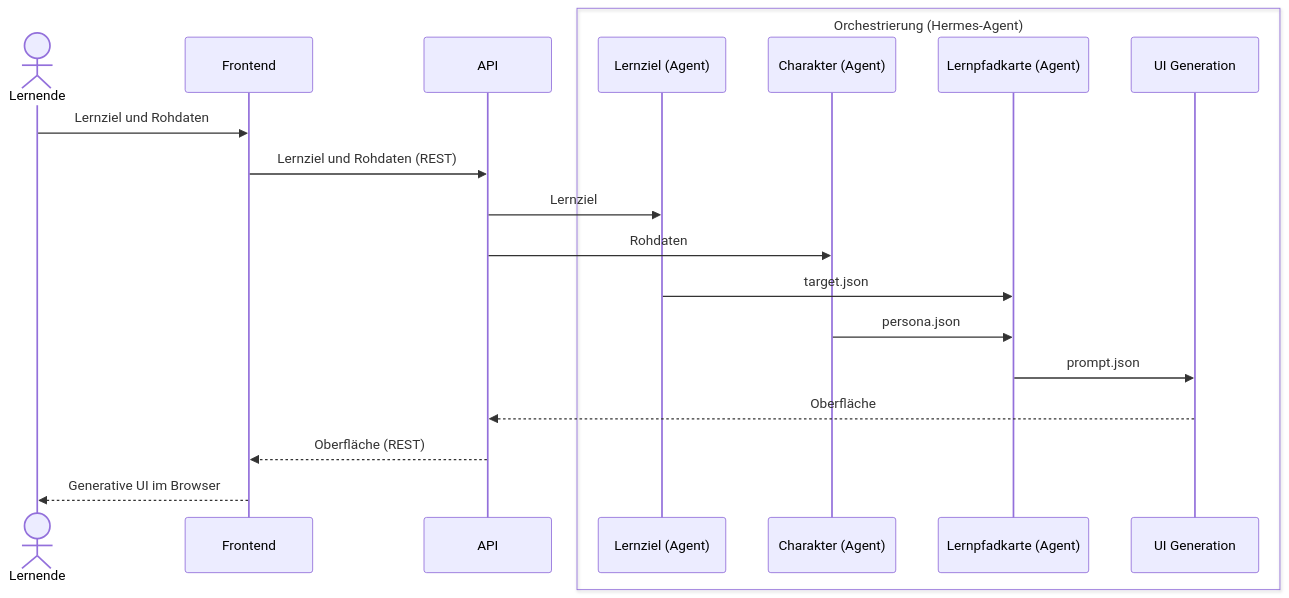
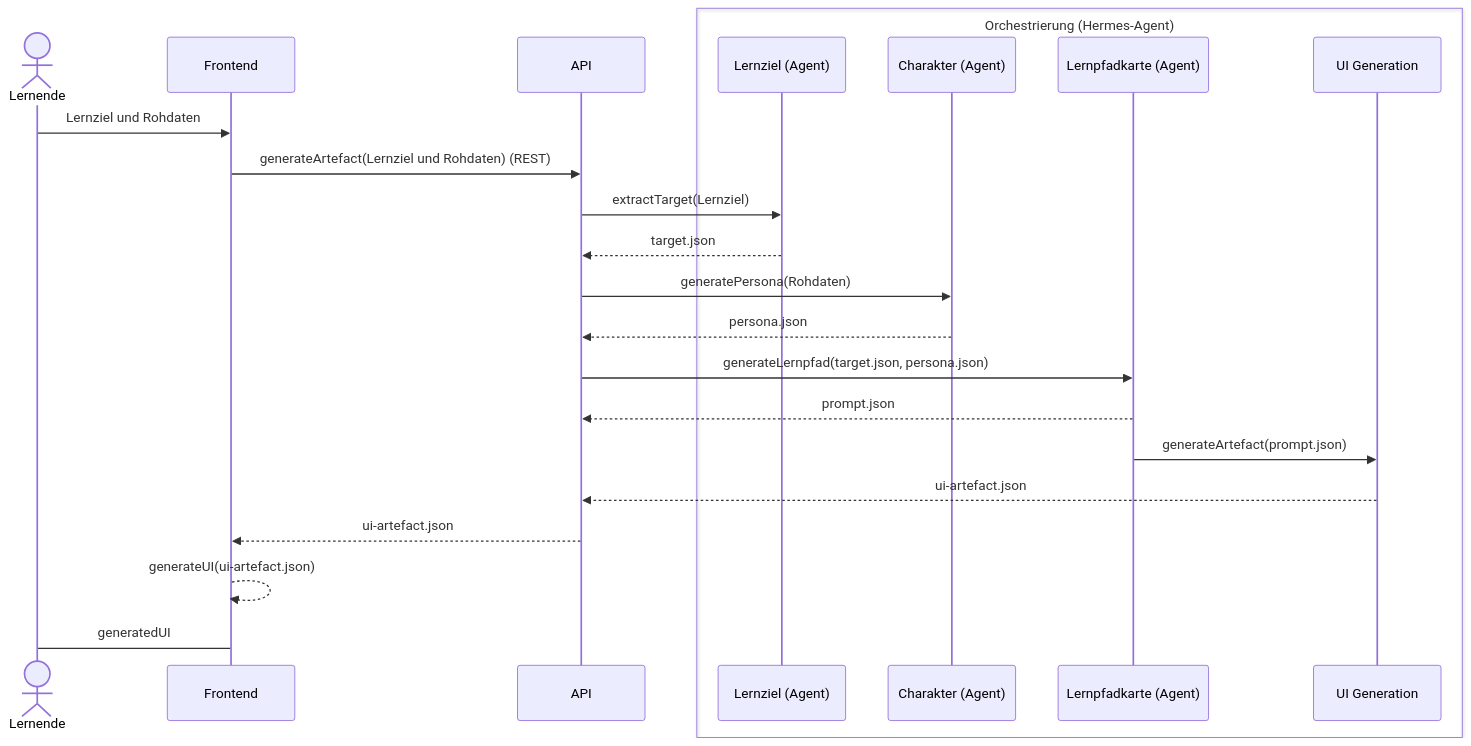
Before and after one commit to jomatotu/learning-in-progress: the second of 2 diagrams in doc/architecture/06-laufzeitsicht.md, drawn with Mermaid.

Commit message:
Refine architectural documentation by updating the sequence diagram to reflect the new API interactions for generating learning artifacts. Clarify the flow of data between components, including the generation of target and persona data, and the final UI generation process.

````diff
--- a/doc/architecture/06-laufzeitsicht.md
+++ b/doc/architecture/06-laufzeitsicht.md
@@ -37,24 +37,27 @@
 ```mermaid
 sequenceDiagram
   actor Lernende
   participant Frontend
   participant API
 
   box Orchestrierung (Hermes-Agent)
     participant Lernziel as Lernziel (Agent)
     participant Charakter as Charakter (Agent)
     participant Karte as Lernpfadkarte (Agent)
     participant UI as UI Generation
   end
 
   Lernende->>Frontend: Lernziel und Rohdaten
-  Frontend->>API: Lernziel und Rohdaten (REST)
-  API->>Lernziel: Lernziel
-  API->>Charakter: Rohdaten
-  Lernziel->>Karte: target.json
-  Charakter->>Karte: persona.json
-  Karte->>UI: prompt.json
-  UI-->>API: Oberfläche
-  API-->>Frontend: Oberfläche (REST)
-  Frontend-->>Lernende: Generative UI im Browser
+  Frontend->>API: generateArtefact(Lernziel und Rohdaten) (REST)
+  API->>Lernziel: extractTarget(Lernziel)
+  Lernziel-->>API: target.json
+  API->>Charakter: generatePersona(Rohdaten)
+  Charakter-->>API: persona.json
+  API->>Karte: generateLernpfad(target.json, persona.json)
+  Karte-->>API: prompt.json
+  Karte->>UI: generateArtefact(prompt.json)
+  UI-->>API: ui-artefact.json
+  API-->>Frontend: ui-artefact.json
+  Frontend-->>Frontend: generateUI(ui-artefact.json)
+  Frontend->Lernende: generatedUI
 ```
````
